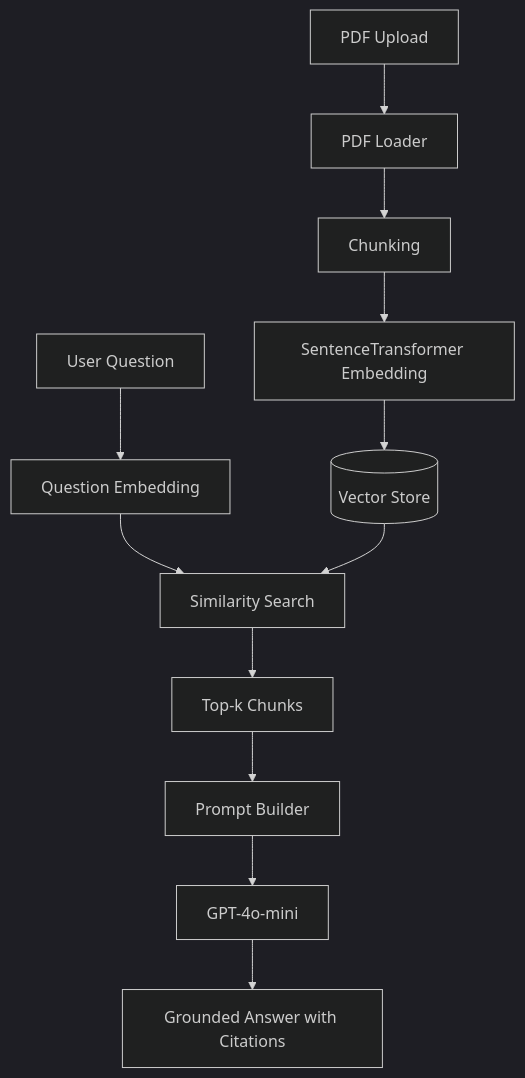
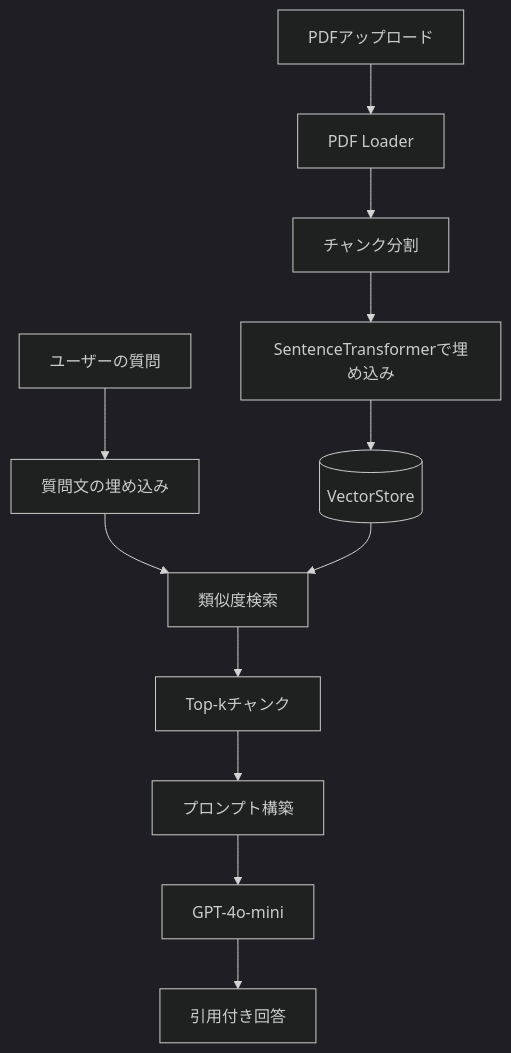
The second of 3 diagrams in README.md (ToruCode/medical-guideline-rag), drawn with Mermaid (dark theme) before and after one commit. The commit also changed other lines of this file, not shown here.

````diff
--- a/README.md
+++ b/README.md
@@ -101,29 +176,18 @@
 ```mermaid
 flowchart TD
 
-A[PDF Upload]
+A[PDFアップロード]
+A --> B[PDF Loader]
+B --> C[チャンク分割]
+C --> D[SentenceTransformerで埋め込み]
+D --> E[(VectorStore)]
 
-A --> B[PDF Loader]
-
-B --> C[Chunking]
-
-C --> D[SentenceTransformer Embedding]
-
-D --> E[(Vector Store)]
-
-F[User Question]
-
-F --> G[Question Embedding]
-
-G --> H[Similarity Search]
-
+F[ユーザーの質問]
+F --> G[質問文の埋め込み]
+G --> H[類似度検索]
 E --> H
-
-H --> I[Top-k Chunks]
-
-I --> J[Prompt Builder]
-
+H --> I[Top-kチャンク]
+I --> J[プロンプト構築]
 J --> K[GPT-4o-mini]
-
-K --> L[Grounded Answer with Citations]
+K --> L[引用付き回答]
 ```
````
